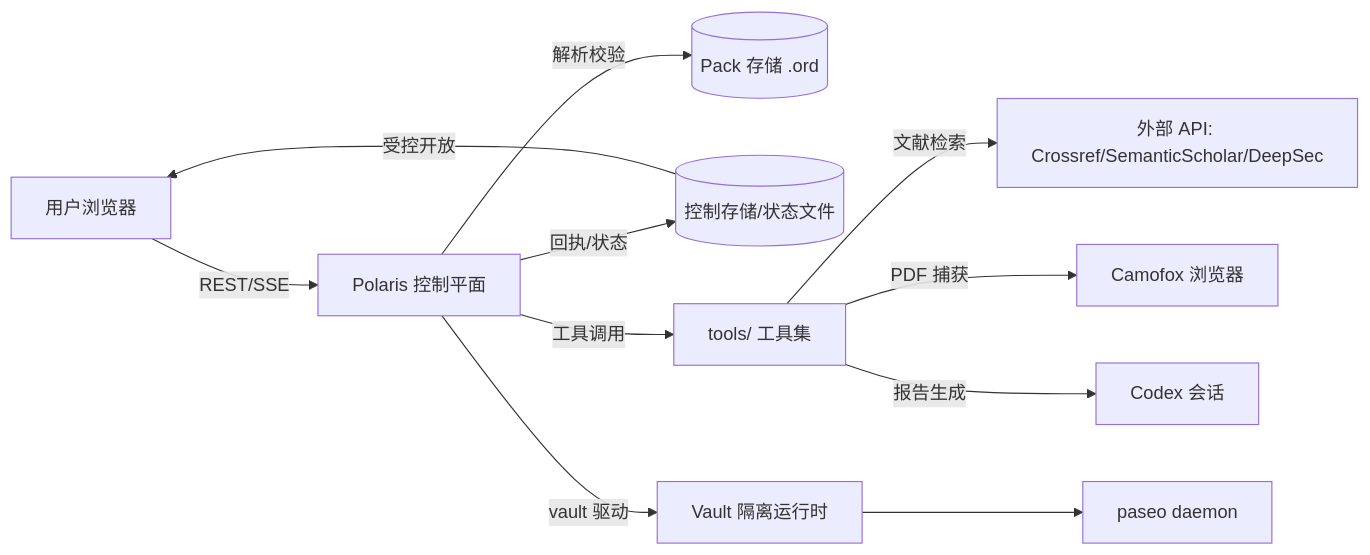
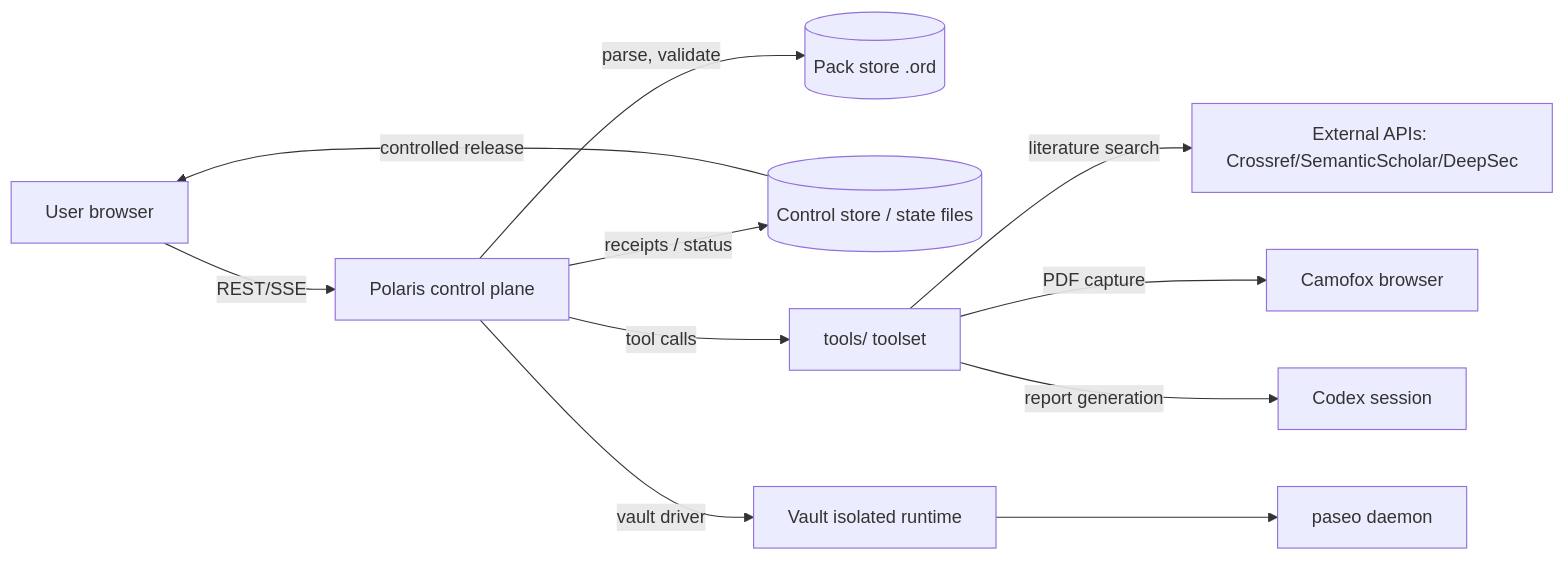
One commit to 55aaseclab/Polaris changed the second of 4 diagrams in apps/docs/site/development/prd.md. Above: the diagram before and after it, drawn with Mermaid. The commit also changed other lines of this file and 1 other file, not shown here.

````diff
--- a/apps/docs/site/development/prd.md
+++ b/apps/docs/site/development/prd.md
@@ -201,13 +218,13 @@
 ```mermaid
 flowchart LR
-    U[用户浏览器] -->|REST/SSE| P[Polaris 控制平面]
-    P -->|解析校验| PS[(Pack 存储 .ord)]
-    P -->|回执/状态| ST[(控制存储/状态文件)]
-    P -->|工具调用| T[tools/ 工具集]
-    T -->|文献检索| EXT[外部 API: Crossref/SemanticScholar/DeepSec]
-    T -->|PDF 捕获| BR[Camofox 浏览器]
-    T -->|报告生成| CX[Codex 会话]
-    P -->|vault 驱动| V[Vault 隔离运行时]
+    U[User browser] -->|REST/SSE| P[Polaris control plane]
+    P -->|parse, validate| PS[(Pack store .ord)]
+    P -->|receipts / status| ST[(Control store / state files)]
+    P -->|tool calls| T[tools/ toolset]
+    T -->|literature search| EXT[External APIs: Crossref/SemanticScholar/DeepSec]
+    T -->|PDF capture| BR[Camofox browser]
+    T -->|report generation| CX[Codex session]
+    P -->|vault driver| V[Vault isolated runtime]
     V --> DA[paseo daemon]
-    ST -->|受控开放| U
+    ST -->|controlled release| U
 ```
````
